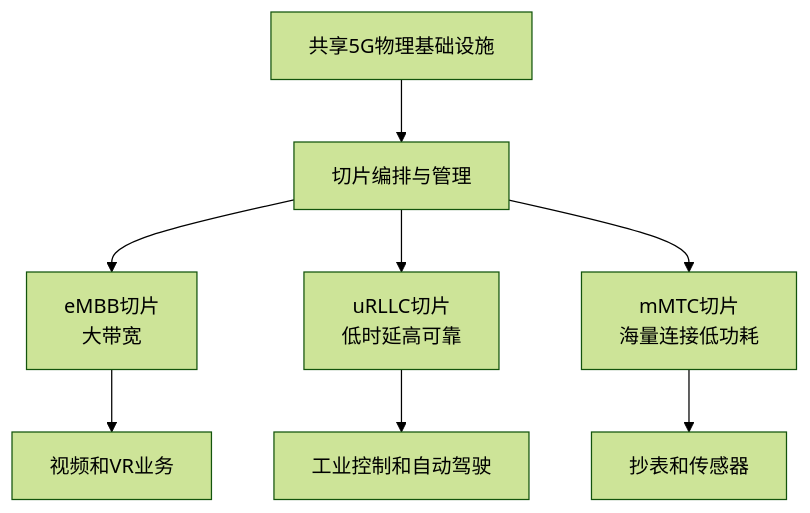
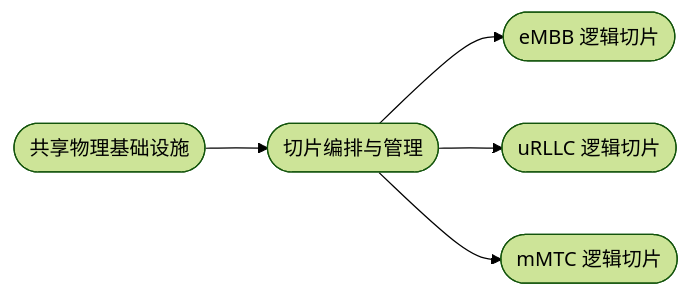
The diagram in 01_综合知识/01_计算机基础知识/03_计算机网络/5G网络切片.md (74262195/system-architect-notes), drawn with Mermaid (forest theme) before and after one commit. The commit also changed other lines of this file and 21 other files, not shown here.

````diff
--- a/01_综合知识/01_计算机基础知识/03_计算机网络/5G网络切片.md
+++ b/01_综合知识/01_计算机基础知识/03_计算机网络/5G网络切片.md
@@ -41,10 +41,7 @@
 ```mermaid
-flowchart TD
-  A[共享5G物理基础设施] --> B[切片编排与管理]
-  B --> C[eMBB切片<br/>大带宽]
-  B --> D[uRLLC切片<br/>低时延高可靠]
-  B --> E[mMTC切片<br/>海量连接低功耗]
-  C --> F[视频和VR业务]
-  D --> G[工业控制和自动驾驶]
-  E --> H[抄表和传感器]
+flowchart LR
+  A([共享物理基础设施]) --> B([切片编排与管理])
+  B --> C([eMBB 逻辑切片])
+  B --> D([uRLLC 逻辑切片])
+  B --> E([mMTC 逻辑切片])
 ```
````
